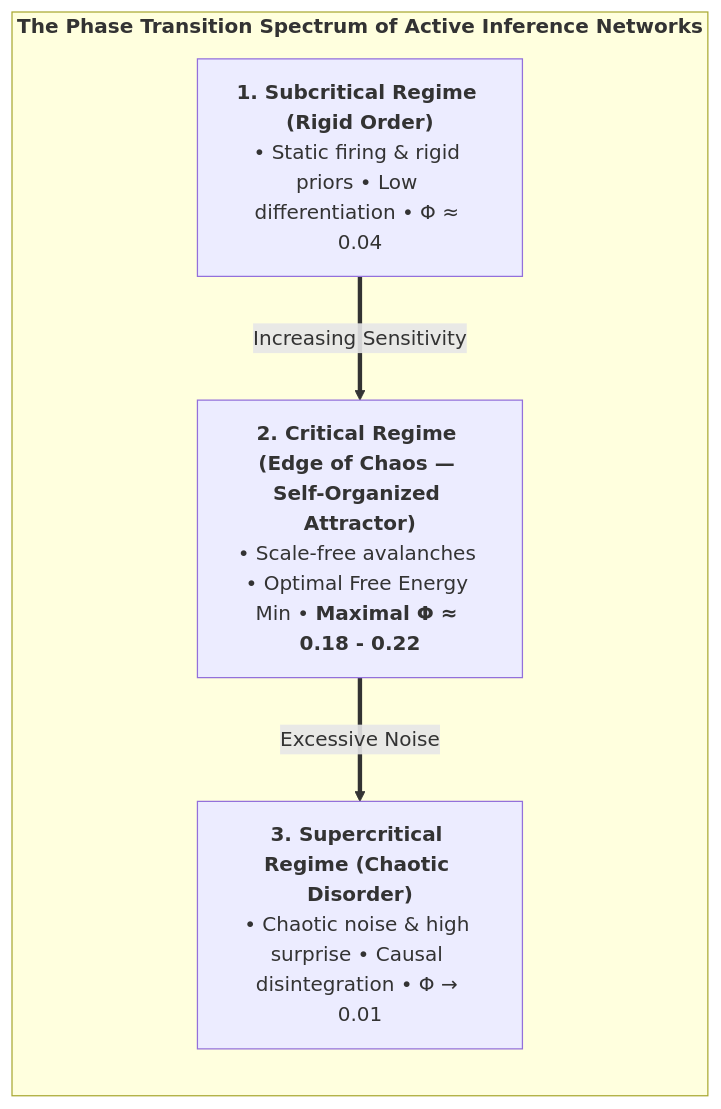
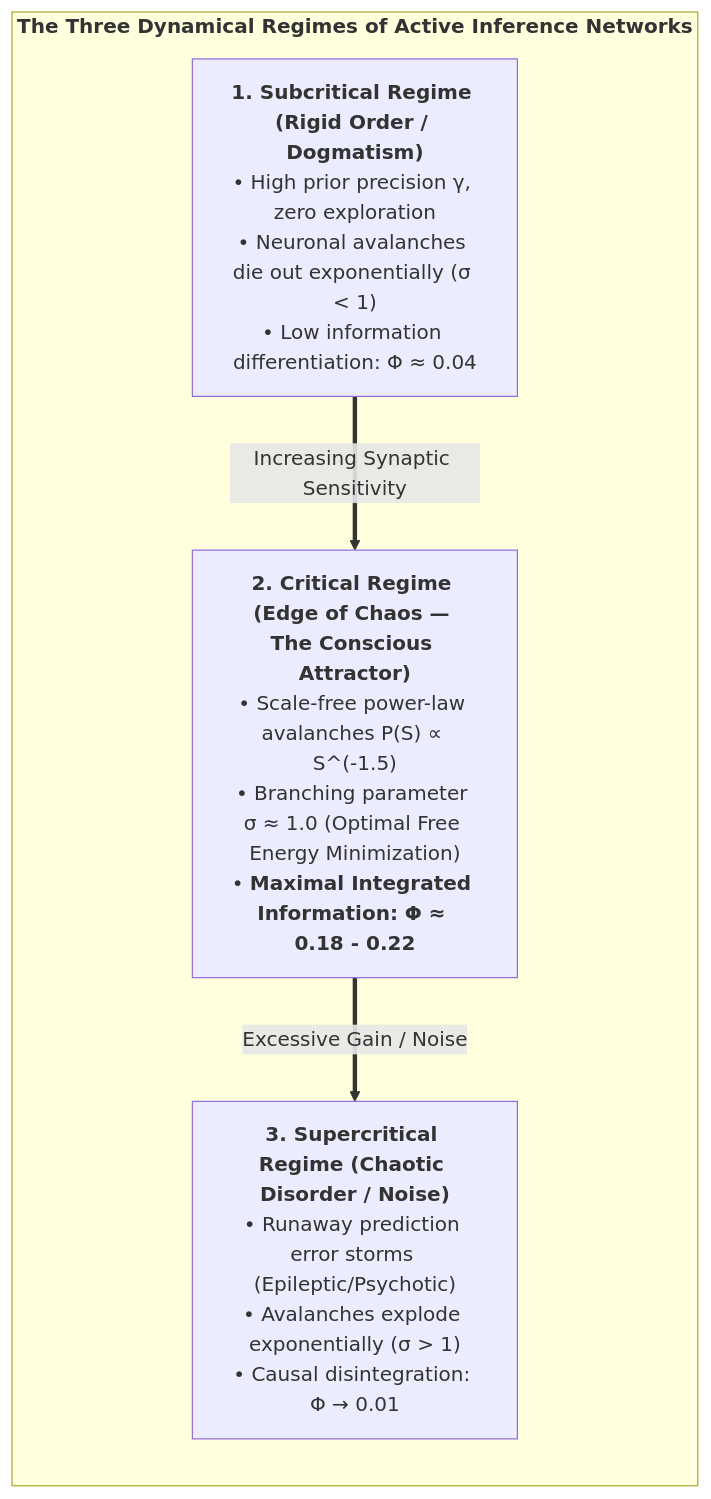
The fifth of 7 diagrams in book/manuscript_en/04_fundamental_bridge_master_equivalence.md (Thriebl/active-inference-phi-network), drawn with Mermaid before and after one commit. The commit also changed other lines of this file and 19 other files, not shown here.

````diff
--- a/book/manuscript_en/04_fundamental_bridge_master_equivalence.md
+++ b/book/manuscript_en/04_fundamental_bridge_master_equivalence.md
@@ -88,14 +208,14 @@
 ```mermaid
 flowchart TD
-    subgraph CRITICALITY_SPECTRUM["<b>The Phase Transition Spectrum of Active Inference Networks</b>"]
+    subgraph CRITICALITY_REGIMES["<b>The Three Dynamical Regimes of Active Inference Networks</b>"]
         direction TB
         
-        SUBCRITICAL["<b>1. Subcritical Regime (Rigid Order)</b><br>• Static firing & rigid priors • Low differentiation • Φ ≈ 0.04"]
+        SUB["<b>1. Subcritical Regime (Rigid Order / Dogmatism)</b><br>• High prior precision γ, zero exploration<br>• Neuronal avalanches die out exponentially (σ < 1)<br>• Low information differentiation: Φ ≈ 0.04"]
         
-        CRITICAL["<b>2. Critical Regime (Edge of Chaos — Self-Organized Attractor)</b><br>• Scale-free avalanches • Optimal Free Energy Min • <b>Maximal Φ ≈ 0.18 - 0.22</b>"]
+        CRIT["<b>2. Critical Regime (Edge of Chaos — The Conscious Attractor)</b><br>• Scale-free power-law avalanches P(S) ∝ S^(-1.5)<br>• Branching parameter σ ≈ 1.0 (Optimal Free Energy Minimization)<br>• <b>Maximal Integrated Information: Φ ≈ 0.18 - 0.22</b>"]
         
-        SUPERCRITICAL["<b>3. Supercritical Regime (Chaotic Disorder)</b><br>• Chaotic noise & high surprise • Causal disintegration • Φ → 0.01"]
+        SUPER["<b>3. Supercritical Regime (Chaotic Disorder / Noise)</b><br>• Runaway prediction error storms (Epileptic/Psychotic)<br>• Avalanches explode exponentially (σ > 1)<br>• Causal disintegration: Φ → 0.01"]
         
-        SUBCRITICAL ==>|"Increasing Sensitivity"| CRITICAL ==>|"Excessive Noise"| SUPERCRITICAL
+        SUB ==>|"Increasing Synaptic Sensitivity"| CRIT ==>|"Excessive Gain / Noise"| SUPER
     end
 ```
````
